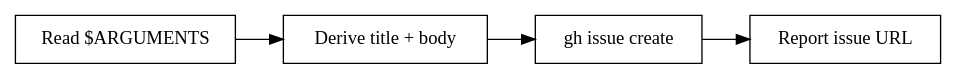
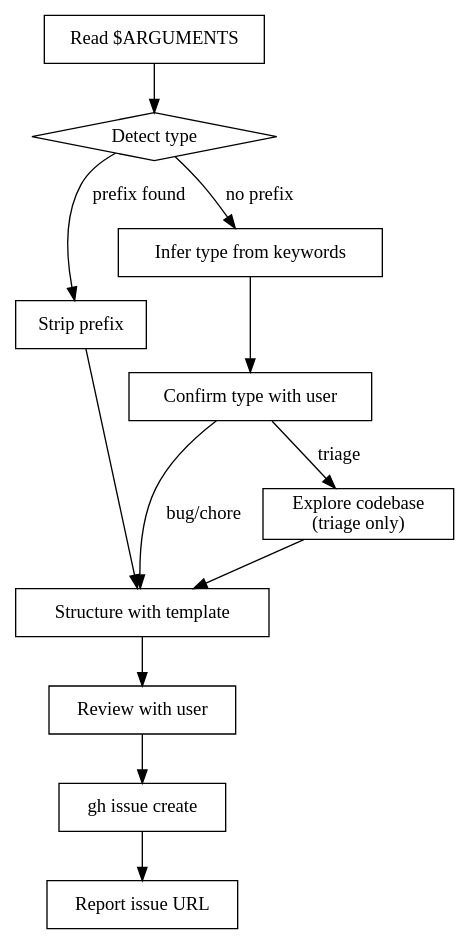
Before and after one commit to raulstechtips/sdlc-plugin-for-claude-code: the diagram in .claude/plugins/sdlc/skills/capture/SKILL.md, drawn with Graphviz. The commit also changed other lines of this file, not shown here.

Commit message:
feat(capture): type-aware capture with bug/chore/triage detection and user review

````diff
--- a/.claude/plugins/sdlc/skills/capture/SKILL.md
+++ b/.claude/plugins/sdlc/skills/capture/SKILL.md
@@ -18,11 +18,26 @@
 ```dot
 digraph capture {
-    rankdir=LR;
     "Read $ARGUMENTS" [shape=box];
-    "Derive title + body" [shape=box];
+    "Detect type" [shape=diamond];
+    "Strip prefix" [shape=box];
+    "Infer type from keywords" [shape=box];
+    "Confirm type with user" [shape=box];
+    "Structure with template" [shape=box];
+    "Explore codebase\n(triage only)" [shape=box];
+    "Review with user" [shape=box];
     "gh issue create" [shape=box];
     "Report issue URL" [shape=box];
 
-    "Read $ARGUMENTS" -> "Derive title + body" -> "gh issue create" -> "Report issue URL";
+    "Read $ARGUMENTS" -> "Detect type";
+    "Detect type" -> "Strip prefix" [label="prefix found"];
+    "Detect type" -> "Infer type from keywords" [label="no prefix"];
+    "Infer type from keywords" -> "Confirm type with user";
+    "Confirm type with user" -> "Structure with template" [label="bug/chore"];
+    "Confirm type with user" -> "Explore codebase\n(triage only)" [label="triage"];
+    "Strip prefix" -> "Structure with template";
+    "Explore codebase\n(triage only)" -> "Structure with template";
+    "Structure with template" -> "Review with user";
+    "Review with user" -> "gh issue create";
+    "gh issue create" -> "Report issue URL";
 }
 ```
````
